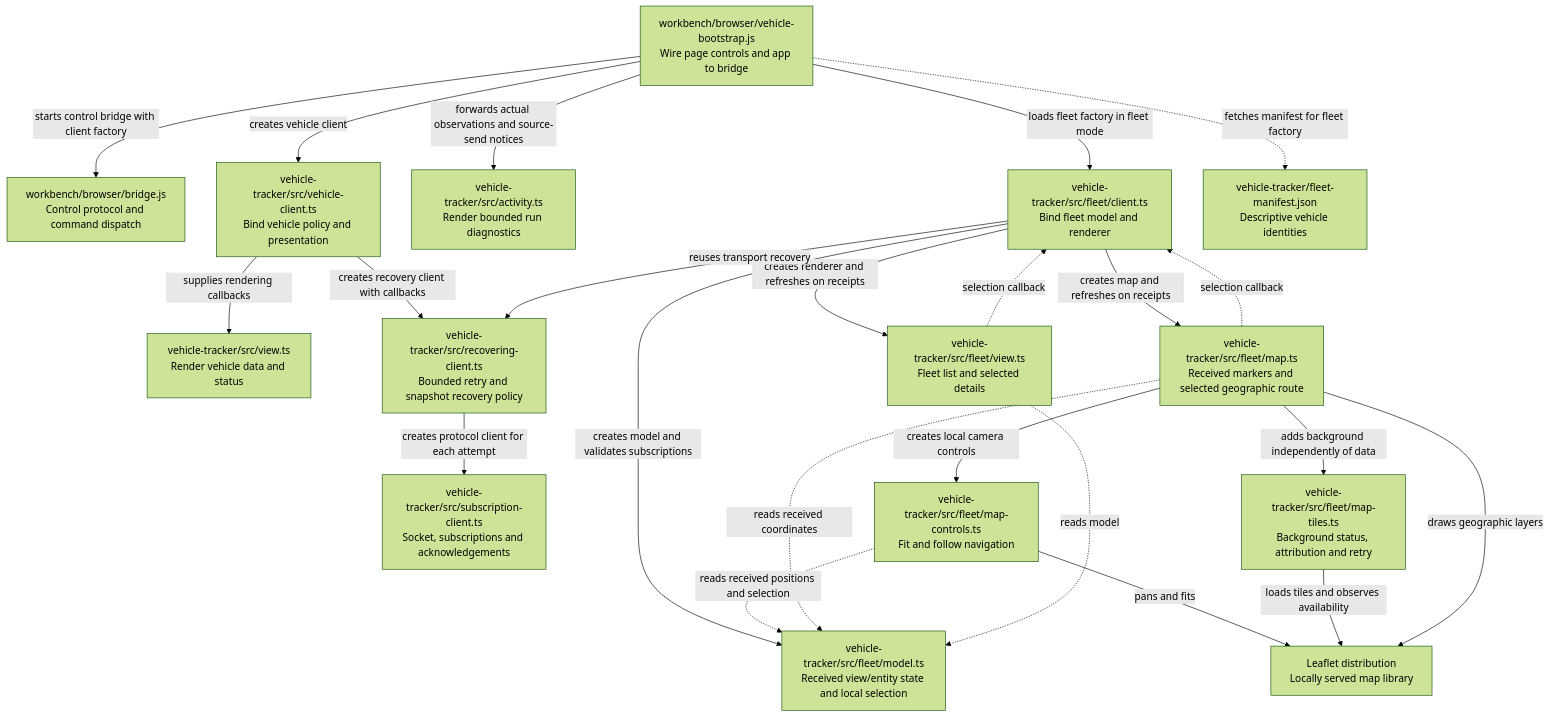
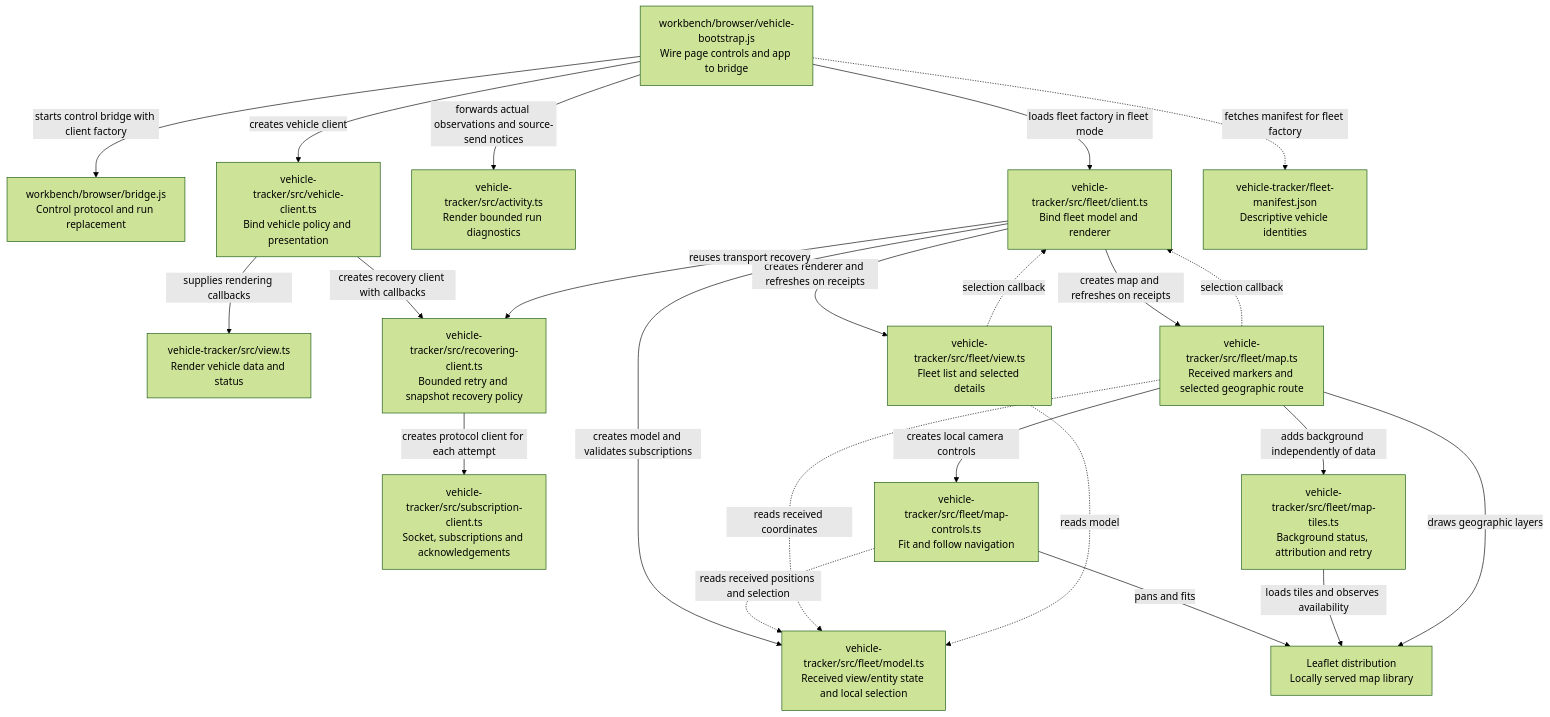
One commit to sproates/zooglass changed the sixth of 6 diagrams in incubator/workbench/docs/source-map.md. Above: the diagram before and after it, drawn with Mermaid (forest theme). The commit also changed other lines of this file and 23 other files, not shown here.

Commit message:
Separate application host and browser run lifetimes

````diff
--- a/incubator/workbench/docs/source-map.md
+++ b/incubator/workbench/docs/source-map.md
@@ -240,40 +245,40 @@
 ```mermaid
 flowchart TB
   bootstrap["workbench/browser/vehicle-bootstrap.js<br/>Wire page controls and app to bridge"]
-  bridge["workbench/browser/bridge.js<br/>Control protocol and command dispatch"]
+  bridge["workbench/browser/bridge.js<br/>Control protocol and run replacement"]
   client["vehicle-tracker/src/vehicle-client.ts<br/>Bind vehicle policy and presentation"]
   subscription["vehicle-tracker/src/subscription-client.ts<br/>Socket, subscriptions and acknowledgements"]
   view["vehicle-tracker/src/view.ts<br/>Render vehicle data and status"]
   activity["vehicle-tracker/src/activity.ts<br/>Render bounded run diagnostics"]
   bootstrap -->|forwards actual observations and source-send notices| activity
   bootstrap -->|starts control bridge with client factory| bridge
   bootstrap -->|creates vehicle client| client
   recovery["vehicle-tracker/src/recovering-client.ts<br/>Bounded retry and snapshot recovery policy"]
   client -->|creates recovery client with callbacks| recovery
   recovery -->|creates protocol client for each attempt| subscription
   client -->|supplies rendering callbacks| view
   fleet["vehicle-tracker/src/fleet/client.ts<br/>Bind fleet model and renderer"]
   model["vehicle-tracker/src/fleet/model.ts<br/>Received view/entity state and local selection"]
   fleetView["vehicle-tracker/src/fleet/view.ts<br/>Fleet list and selected details"]
   manifest["vehicle-tracker/fleet-manifest.json<br/>Descriptive vehicle identities"]
   bootstrap -->|loads fleet factory in fleet mode| fleet
   bootstrap -.->|fetches manifest for fleet factory| manifest
   fleet -->|creates model and validates subscriptions| model
   fleet -->|creates renderer and refreshes on receipts| fleetView
   fleetMap["vehicle-tracker/src/fleet/map.ts<br/>Received markers and selected geographic route"]
   leaflet["Leaflet distribution<br/>Locally served map library"]
   fleet -->|creates map and refreshes on receipts| fleetMap
   mapControls["vehicle-tracker/src/fleet/map-controls.ts<br/>Fit and follow navigation"]
   mapTiles["vehicle-tracker/src/fleet/map-tiles.ts<br/>Background status, attribution and retry"]
   fleetMap -->|creates local camera controls| mapControls
   mapControls -->|pans and fits| leaflet
   mapControls -.->|reads received positions and selection| model
   fleetMap -->|adds background independently of data| mapTiles
   mapTiles -->|loads tiles and observes availability| leaflet
   fleetMap -->|draws geographic layers| leaflet
   fleetMap -.->|reads received coordinates| model
   fleetMap -.->|selection callback| fleet
   fleetView -.->|reads model| model
   fleetView -.->|selection callback| fleet
   fleet -->|reuses transport recovery| recovery
 ```
````
